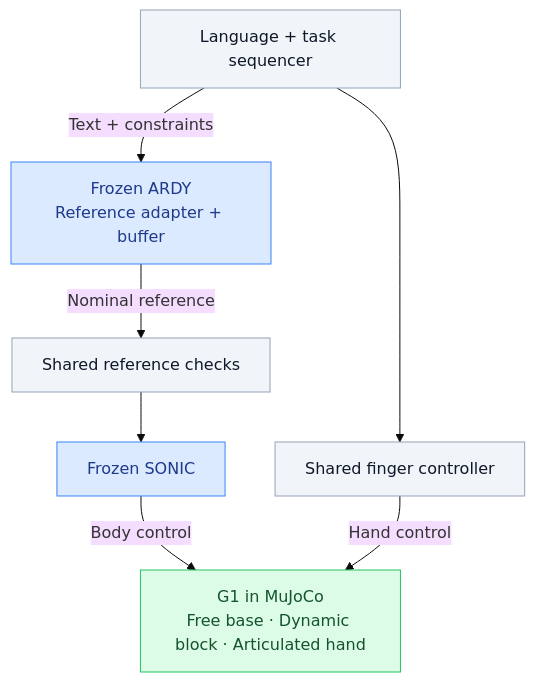
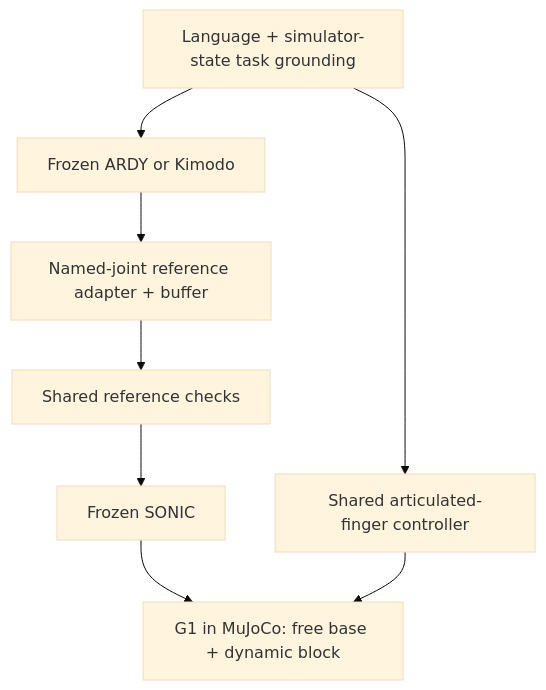
The first of 2 diagrams in README.md (Peneplain/dl), drawn with Mermaid (base theme) before and after one commit. The commit also changed other lines of this file and 21 other files, not shown here.

````diff
--- a/README.md
+++ b/README.md
@@ -46,16 +59,10 @@
 ```mermaid
 flowchart TB
-    Q["Language + task sequencer"] -->|Text + constraints| A["Frozen ARDY<br/>Reference adapter + buffer"]
-    A -->|Nominal reference| C["Shared reference checks"]
-    C --> S["Frozen SONIC"]
-    S -->|Body control| G["G1 in MuJoCo<br/>Free base · Dynamic block · Articulated hand"]
-    Q --> H["Shared finger controller"]
-    H -->|Hand control| G
-
-    classDef shared fill:#f1f5f9,stroke:#94a3b8,color:#0f172a;
-    classDef frozen fill:#dbeafe,stroke:#3b82f6,color:#1e3a8a;
-    classDef sim fill:#dcfce7,stroke:#22c55e,color:#14532d;
-    class Q,C,H shared;
-    class A,S frozen;
-    class G sim;
+    T[Language + simulator-state task grounding] --> M[Frozen ARDY or Kimodo]
+    M --> A[Named-joint reference adapter + buffer]
+    A --> C[Shared reference checks]
+    C --> S[Frozen SONIC]
+    S --> G[G1 in MuJoCo: free base + dynamic block]
+    T --> H[Shared articulated-finger controller]
+    H --> G
 ```
````
